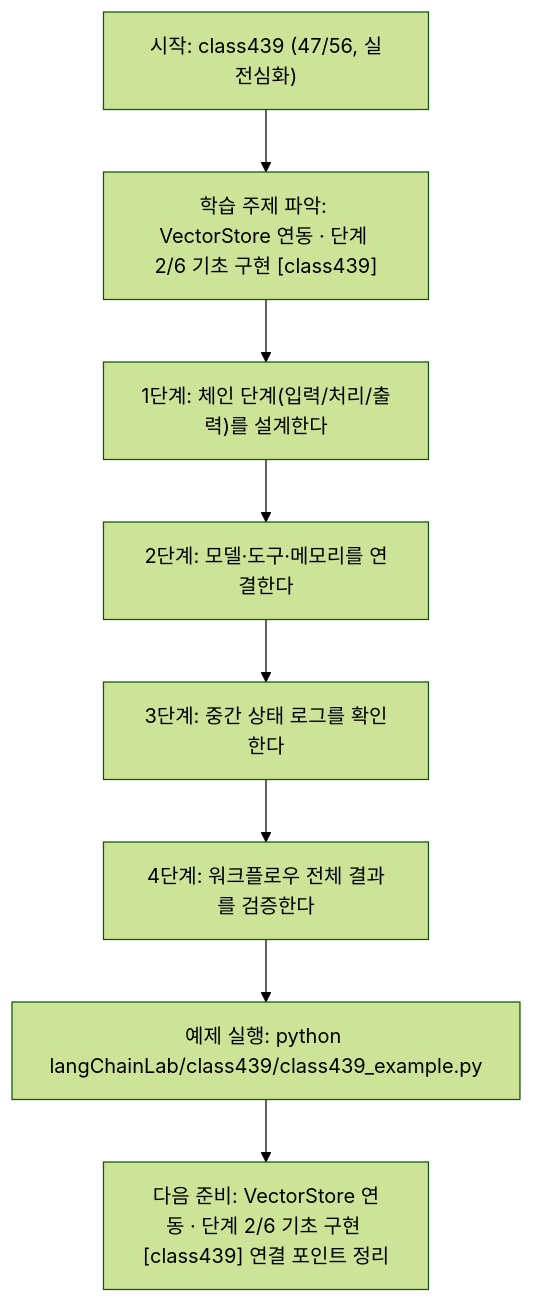
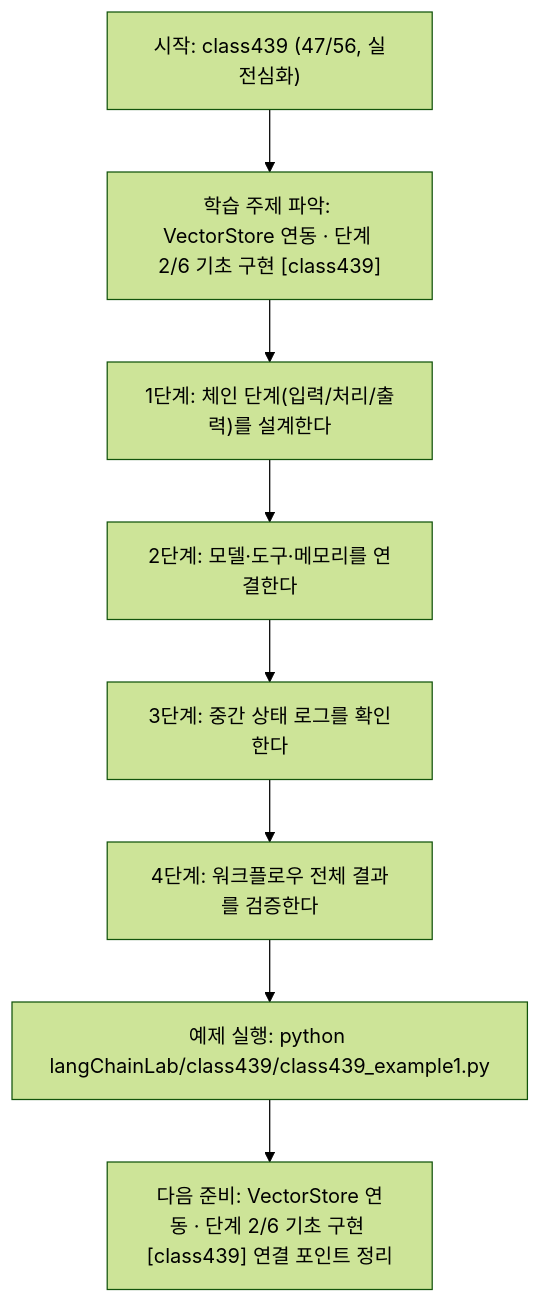
One commit to edumgt/Python-AI_Agent-Class changed the diagram in langChainLab/class439/class439.md. Above: the diagram before and after it, drawn with Mermaid (forest theme). The commit also changed other lines of this file and 2959 other files, not shown here.

````diff
--- a/langChainLab/class439/class439.md
+++ b/langChainLab/class439/class439.md
@@ -109,18 +109,18 @@
 ```mermaid
 flowchart TD
 N1["시작: class439 (47/56, 실전심화)"]
 N2["학습 주제 파악: VectorStore 연동 · 단계 2/6 기초 구현 [class439]"]
 N3["1단계: 체인 단계(입력/처리/출력)를 설계한다"]
 N4["2단계: 모델·도구·메모리를 연결한다"]
 N5["3단계: 중간 상태 로그를 확인한다"]
 N6["4단계: 워크플로우 전체 결과를 검증한다"]
-N7["예제 실행: python langChainLab/class439/class439_example.py"]
+N7["예제 실행: python langChainLab/class439/class439_example1.py"]
 N8["다음 준비: VectorStore 연동 · 단계 2/6 기초 구현 [class439] 연결 포인트 정리"]
 N1 --> N2
 N2 --> N3
 N3 --> N4
 N4 --> N5
 N5 --> N6
 N6 --> N7
 N7 --> N8
 ```
````
